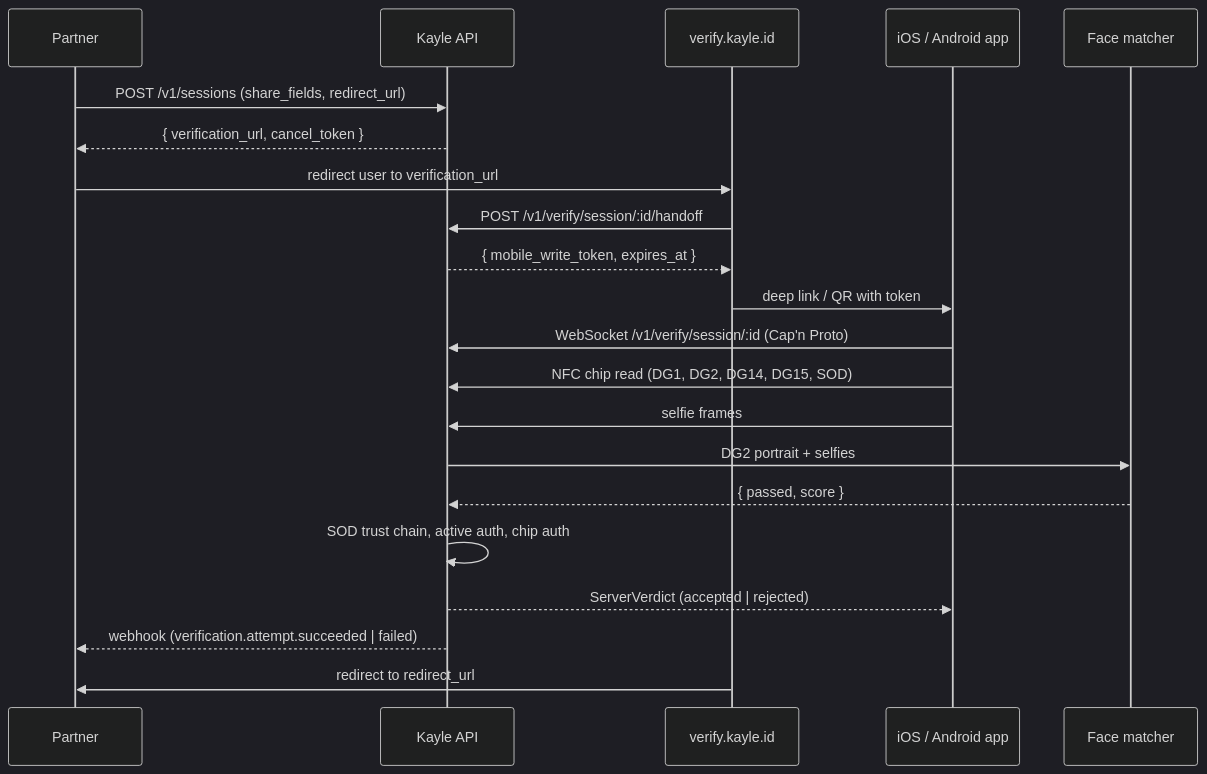
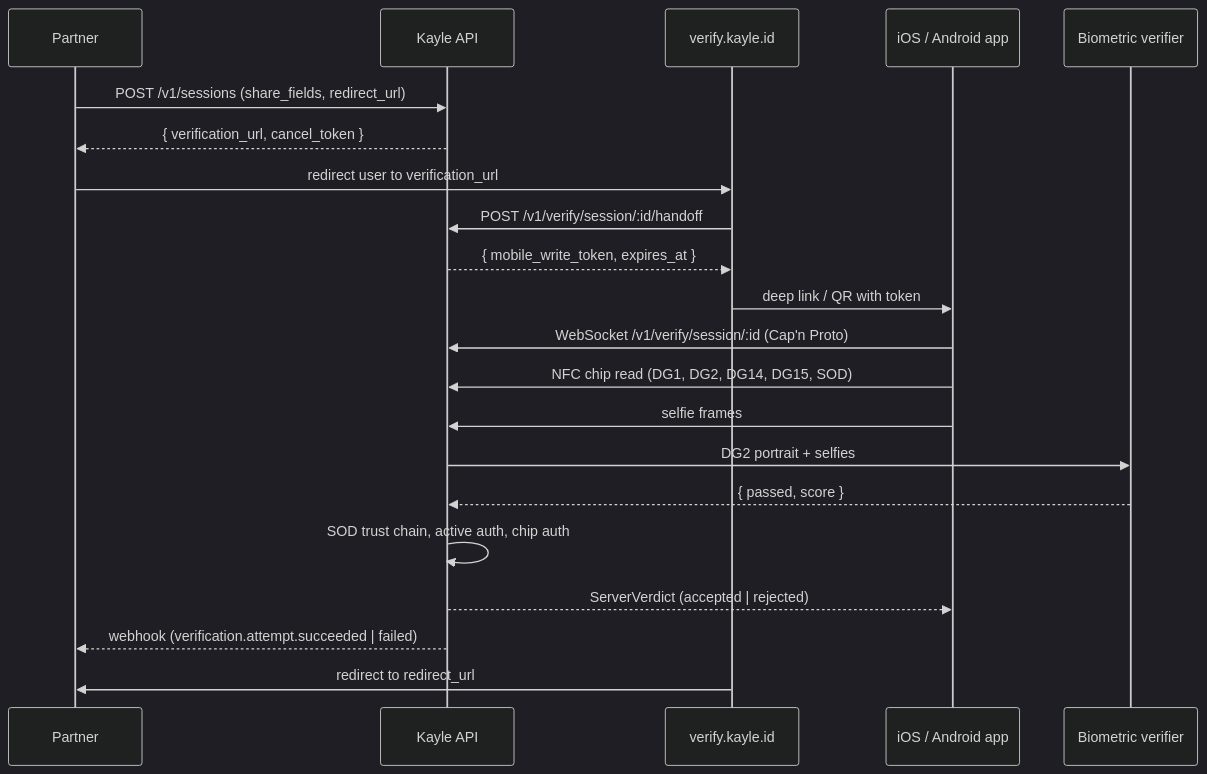
One commit to KayleAI/kayle-id-v1 changed the diagram in docs/concepts/how-it-works.mdx. Above: the diagram before and after it, drawn with Mermaid (dark theme). The commit also changed other lines of this file and 91 other files, not shown here.

````diff
--- a/docs/concepts/how-it-works.mdx
+++ b/docs/concepts/how-it-works.mdx
@@ -26,24 +26,24 @@
 ```mermaid
 sequenceDiagram
     participant Partner
     participant API as Kayle API
     participant Verify as verify.kayle.id
     participant Mobile as iOS / Android app
-    participant FaceMatch as Face matcher
+    participant Biometric as Biometric verifier
 
     Partner->>API: POST /v1/sessions (share_fields, redirect_url)
     API-->>Partner: { verification_url, cancel_token }
     Partner->>Verify: redirect user to verification_url
     Verify->>API: POST /v1/verify/session/:id/handoff
     API-->>Verify: { mobile_write_token, expires_at }
     Verify->>Mobile: deep link / QR with token
     Mobile->>API: WebSocket /v1/verify/session/:id (Cap'n Proto)
     Mobile->>API: NFC chip read (DG1, DG2, DG14, DG15, SOD)
     Mobile->>API: selfie frames
-    API->>FaceMatch: DG2 portrait + selfies
-    FaceMatch-->>API: { passed, score }
+    API->>Biometric: DG2 portrait + selfies
+    Biometric-->>API: { passed, score }
     API->>API: SOD trust chain, active auth, chip auth
     API-->>Mobile: ServerVerdict (accepted | rejected)
     API-->>Partner: webhook (verification.attempt.succeeded | failed)
     Verify->>Partner: redirect to redirect_url
 ```
````
